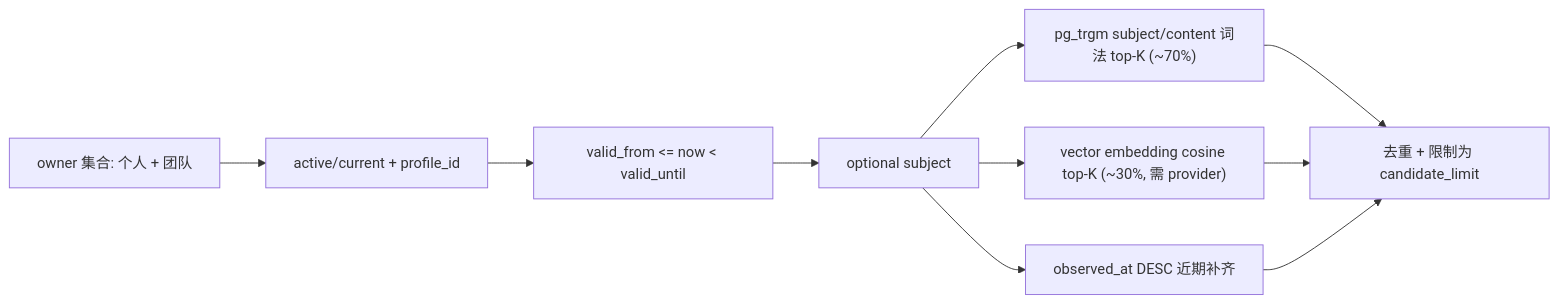
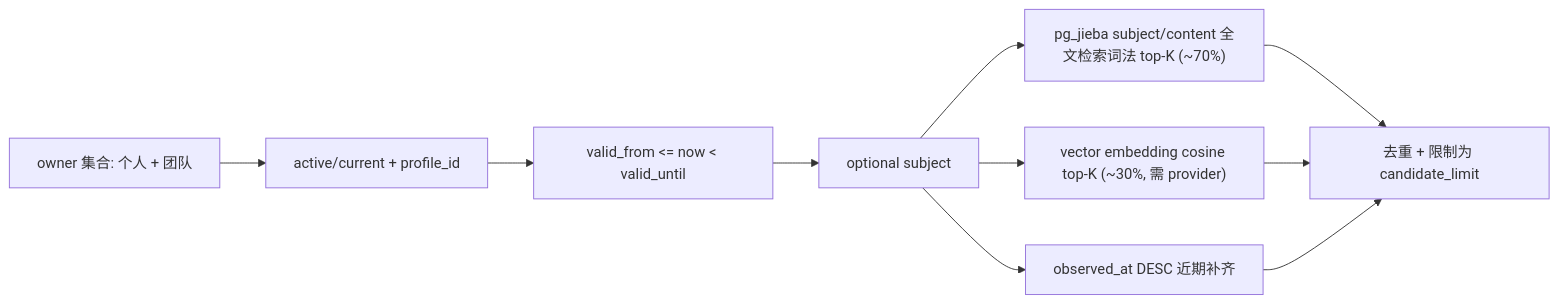
One commit to dxiaosen/memory-mcp changed the tenth of 11 diagrams in docs/design.md. Above: the diagram before and after it, drawn with Mermaid. The commit also changed other lines of this file and 19 other files, not shown here.

Commit message:
召回词法路 pg_trgm 替换为 pg_jieba 中文分词全文检索

````diff
--- a/docs/design.md
+++ b/docs/design.md
@@ -819,12 +819,12 @@
 ```mermaid
 flowchart LR
     O[owner 集合: 个人 + 团队] --> A[active/current + profile_id]
     A --> VF[valid_from <= now < valid_until]
     VF --> S[optional subject]
-    S --> L["pg_trgm subject/content 词法 top-K (~70%)"]
+    S --> L["pg_jieba subject/content 全文检索词法 top-K (~70%)"]
     S --> V["vector embedding cosine top-K (~30%, 需 provider)"]
     S --> R["observed_at DESC 近期补齐"]
     L --> D[去重 + 限制为 candidate_limit]
     V --> D
     R --> D
 ```
````
